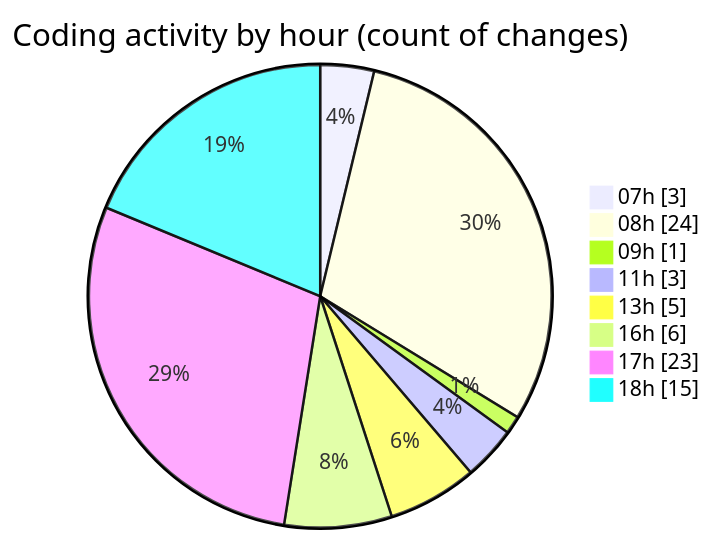
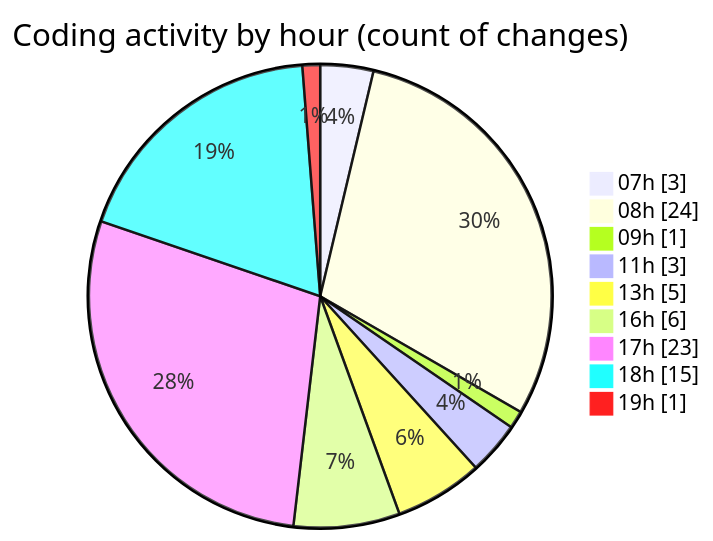
One commit to becaeroporto-bot/code-tracking changed the second of 2 diagrams in 2026-02-20/bot_i_a/README.md. Above: the diagram before and after it, drawn with Mermaid. The commit also changed other lines of this file and 1 other file, not shown here.

````diff
--- a/2026-02-20/bot_i_a/README.md
+++ b/2026-02-20/bot_i_a/README.md
@@ -55,12 +55,13 @@
 ```mermaid
 pie showData
 title Coding activity by hour (count of changes)
 "07h" : 3
 "08h" : 24
 "09h" : 1
 "11h" : 3
 "13h" : 5
 "16h" : 6
 "17h" : 23
 "18h" : 15
+"19h" : 1
 ```
````
